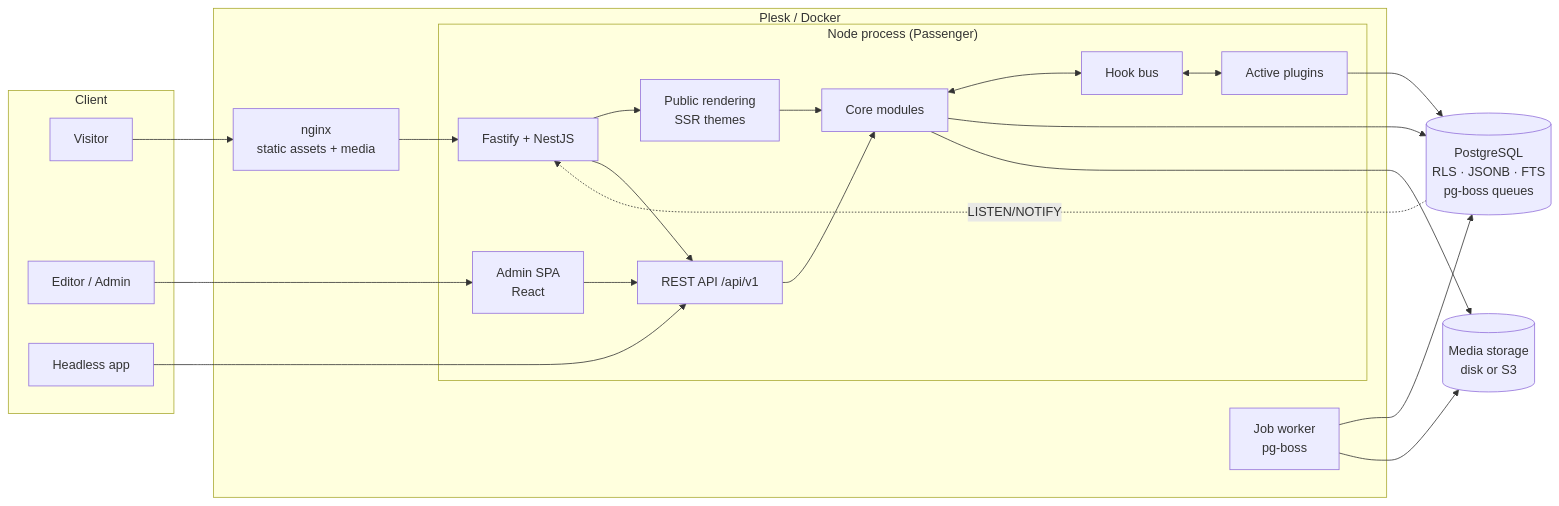
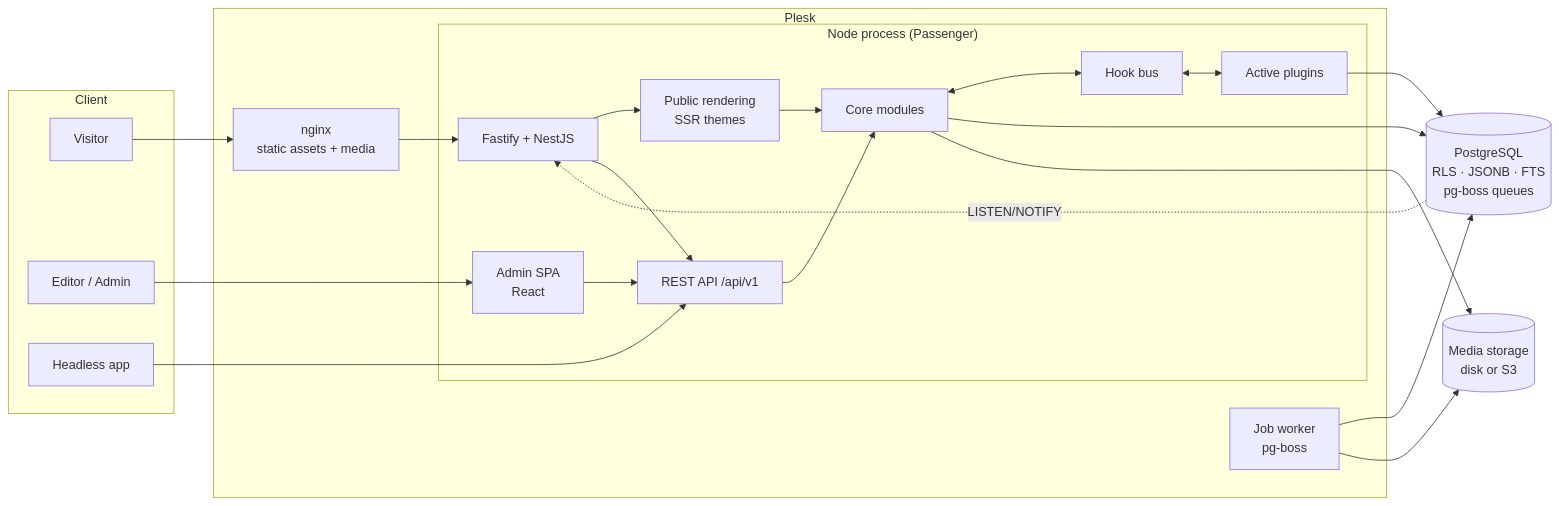
Before and after one commit to faghy/cleitext: the first of 6 diagrams in docs/ARCHITECTURE.md, drawn with Mermaid. The commit also changed other lines of this file and 69 other files, not shown here.

````diff
--- a/docs/ARCHITECTURE.md
+++ b/docs/ARCHITECTURE.md
@@ -109,37 +110,37 @@
 ```mermaid
 flowchart LR
     subgraph Client
-        V[Visitor] 
+        V[Visitor]
         E[Editor / Admin]
         H[Headless app]
     end
 
-    subgraph Plesk["Plesk / Docker"]
+    subgraph Plesk["Plesk"]
         NG[nginx<br/>static assets + media]
         subgraph App["Node process (Passenger)"]
             HTTP[Fastify + NestJS]
             PUB[Public rendering<br/>SSR themes]
             API[REST API /api/v1]
             ADM[Admin SPA<br/>React]
             CORE[Core modules]
             PLG[Active plugins]
             HK[Hook bus]
         end
         WK[Job worker<br/>pg-boss]
     end
 
     DB[(PostgreSQL<br/>RLS · JSONB · FTS<br/>pg-boss queues)]
     FS[(Media storage<br/>disk or S3)]
 
     V --> NG --> HTTP
     E --> ADM --> API
     H --> API
     HTTP --> PUB & API
     PUB & API --> CORE
     CORE <--> HK <--> PLG
     CORE --> DB
     PLG --> DB
     CORE --> FS
     WK --> DB & FS
     DB -. LISTEN/NOTIFY .-> HTTP
 ```
````
